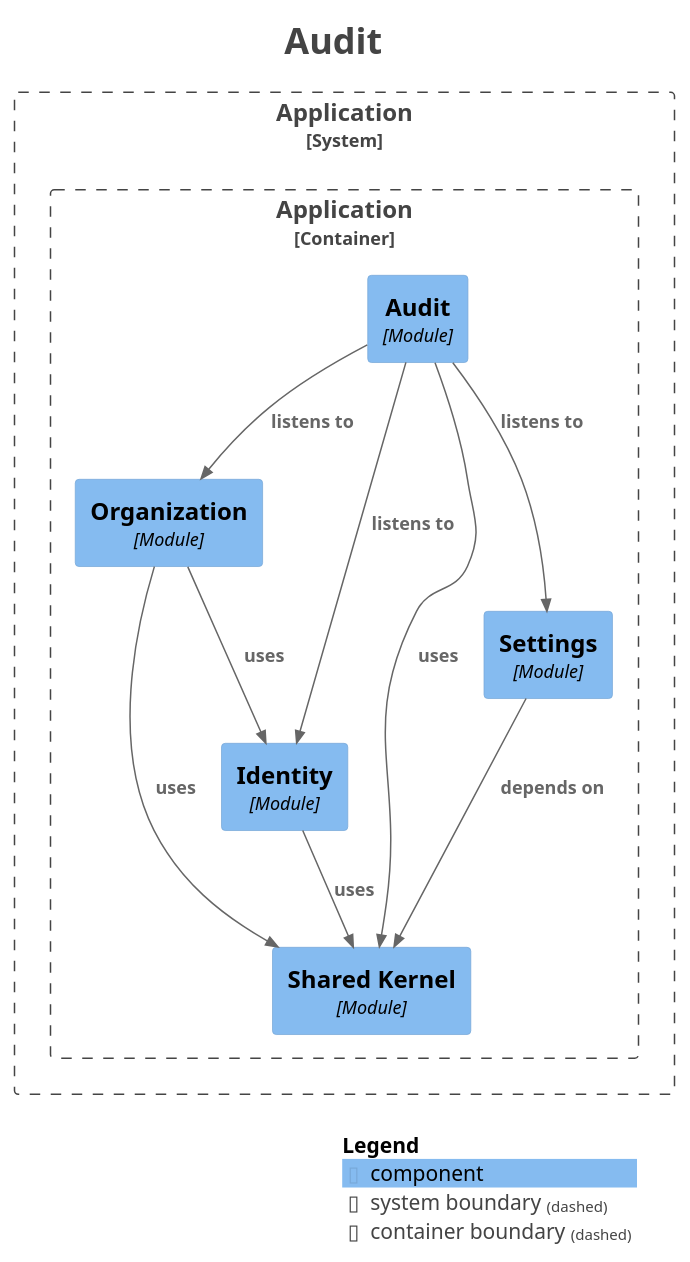
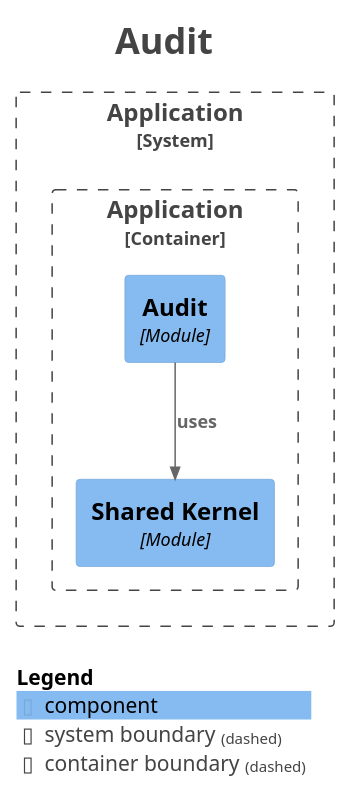
One commit to Paul-Ayesiga/enterprise-modulith-template changed the diagram in docs/modulith/module-audit.puml. Above: the diagram before and after it, drawn with PlantUML. The commit also changed 29 other files, not shown here.

```diff
--- a/docs/modulith/module-audit.puml
+++ b/docs/modulith/module-audit.puml
@@ -1,40 +1,30 @@
 @startuml
 title <size:24>Audit</size>
 
 set separator none
 top to bottom direction
 
 <style>
   root {
     BackgroundColor: #ffffff
     FontColor: #444444
   }
 </style>
 
 !include <C4/C4>
 !include <C4/C4_Context>
 !include <C4/C4_Component>
 
 System_Boundary("Application_boundary", "Application", $tags="") {
   Container_Boundary("Application.Application_boundary", "Application", $tags="") {
-    Component(Application.Application.Organization, "Organization", $techn="Module", $descr="", $tags="", $link="")
+    Component(Application.Application.SharedKernel, "Shared Kernel", $techn="Module", $descr="", $tags="", $link="")
     Component(Application.Application.Audit, "Audit", $techn="Module", $descr="", $tags="", $link="")
-    Component(Application.Application.SharedKernel, "Shared Kernel", $techn="Module", $descr="", $tags="", $link="")
-    Component(Application.Application.Identity, "Identity", $techn="Module", $descr="", $tags="", $link="")
-    Component(Application.Application.Settings, "Settings", $techn="Module", $descr="", $tags="", $link="")
   }
 
 }
 
-Rel(Application.Application.Organization, Application.Application.Identity, "uses", $techn="", $tags="", $link="")
-Rel(Application.Application.Organization, Application.Application.SharedKernel, "uses", $techn="", $tags="", $link="")
-Rel(Application.Application.Identity, Application.Application.SharedKernel, "uses", $techn="", $tags="", $link="")
-Rel(Application.Application.Settings, Application.Application.SharedKernel, "depends on", $techn="", $tags="", $link="")
-Rel(Application.Application.Audit, Application.Application.Organization, "listens to", $techn="", $tags="", $link="")
-Rel(Application.Application.Audit, Application.Application.Identity, "listens to", $techn="", $tags="", $link="")
-Rel(Application.Application.Audit, Application.Application.Settings, "listens to", $techn="", $tags="", $link="")
 Rel(Application.Application.Audit, Application.Application.SharedKernel, "uses", $techn="", $tags="", $link="")
 
 SHOW_LEGEND(true)
 hide stereotypes
 @enduml
```
